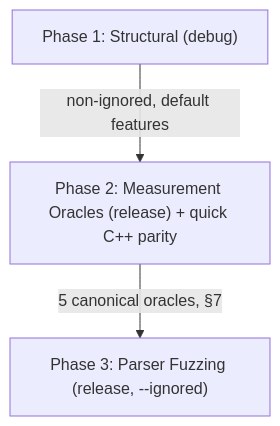
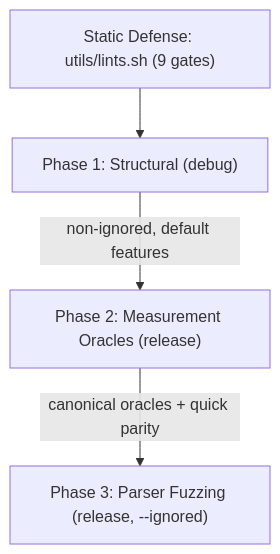
One commit to fabiohl/NeuralAmpModeler-rs changed the second of 2 diagrams in docs/testing.md. Above: the diagram before and after it, drawn with Mermaid. The commit also changed other lines of this file and 9 other files, not shown here.

Commit message:
docs: streamline architecture documentation and reference guides

````diff
--- a/docs/testing.md
+++ b/docs/testing.md
@@ -42,5 +103,6 @@
 ```mermaid
 graph TD
-    F1["Phase 1: Structural (debug)"] -->|non-ignored, default features| F2["Phase 2: Measurement Oracles (release) + quick C++ parity"]
-    F2 -->|5 canonical oracles, §7| F3["Phase 3: Parser Fuzzing (release, --ignored)"]
+    L0["Static Defense: utils/lints.sh (9 gates)"] --> F1["Phase 1: Structural (debug)"]
+    F1 -->|non-ignored, default features| F2["Phase 2: Measurement Oracles (release)"]
+    F2 -->|canonical oracles + quick parity| F3["Phase 3: Parser Fuzzing (release, --ignored)"]
 ```
````
